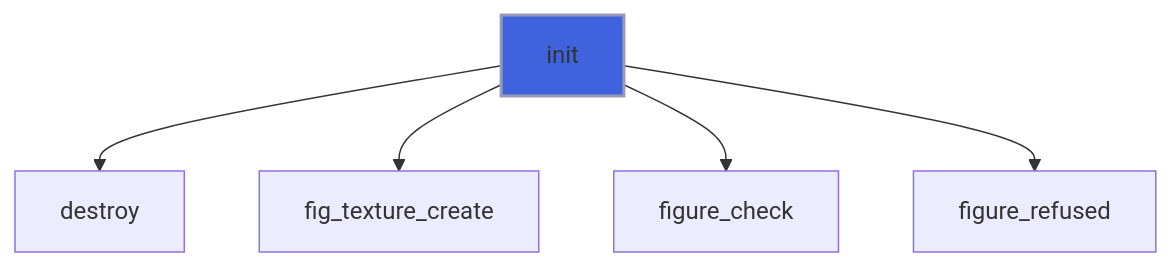
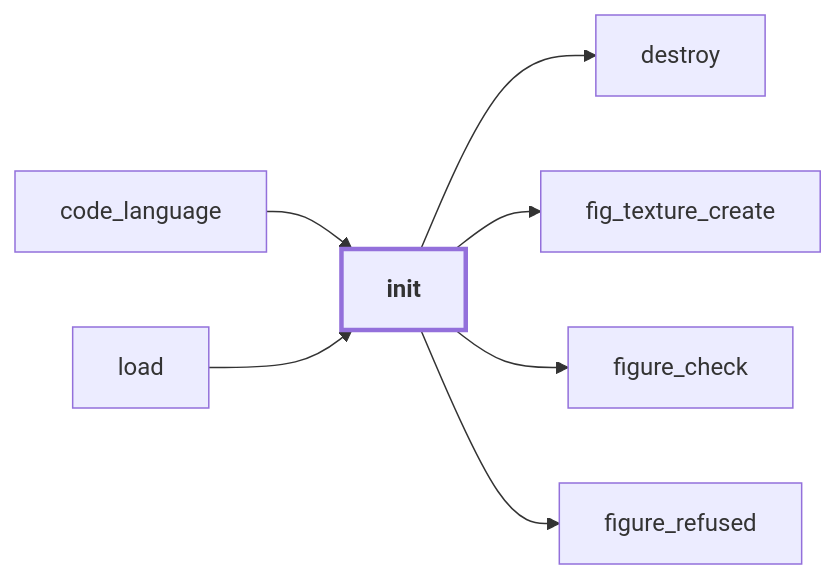
The second of 11 diagrams in docs/api/src/lib/figure_texture.md (szaghi/figure), drawn with Mermaid before and after one commit. The commit also changed other lines of this file and 54 other files, not shown here.

````diff
--- a/docs/api/src/lib/figure_texture.md
+++ b/docs/api/src/lib/figure_texture.md
@@ -102,8 +113,17 @@
 ```mermaid
-flowchart TD
+flowchart LR
+  code_language["code_language"] --> init["init"]
+  load["load"] --> init["init"]
   init["init"] --> destroy["destroy"]
   init["init"] --> fig_texture_create["fig_texture_create"]
   init["init"] --> figure_check["figure_check"]
   init["init"] --> figure_refused["figure_refused"]
-  style init fill:#3e63dd,stroke:#99b,stroke-width:2px
+  classDef focus stroke-width:3px,font-weight:bold
+  class init focus
+  click code_language href "figure_editor.html#code-language" "code_language"
+  click load href "#load" "load"
+  click figure_refused href "figure_base.html#figure-refused" "figure_refused"
+  click destroy href "figure_app.html#destroy" "destroy"
+  click fig_texture_create href "figure_c_native.html#fig-texture-create" "fig_texture_create"
+  click figure_check href "figure_base.html#figure-check" "figure_check"
 ```
````
